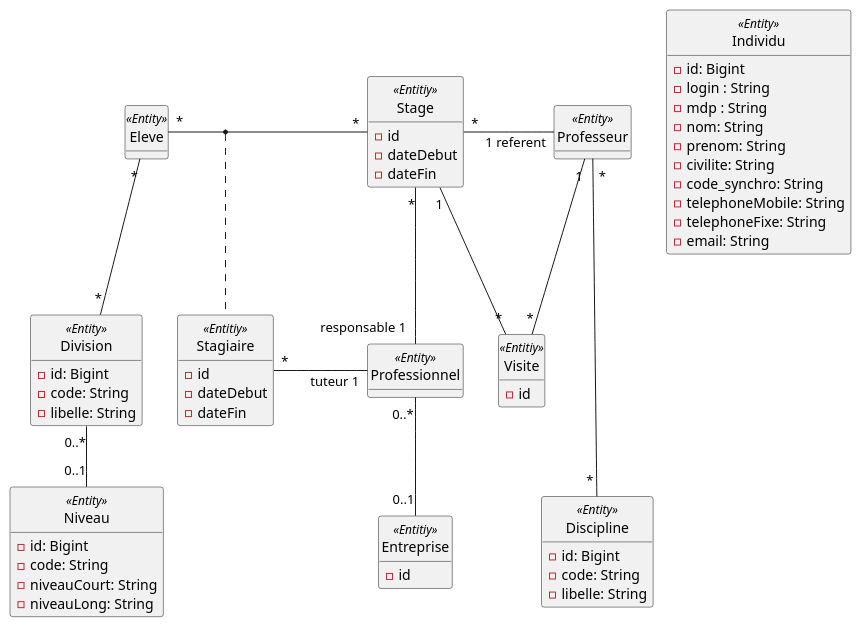
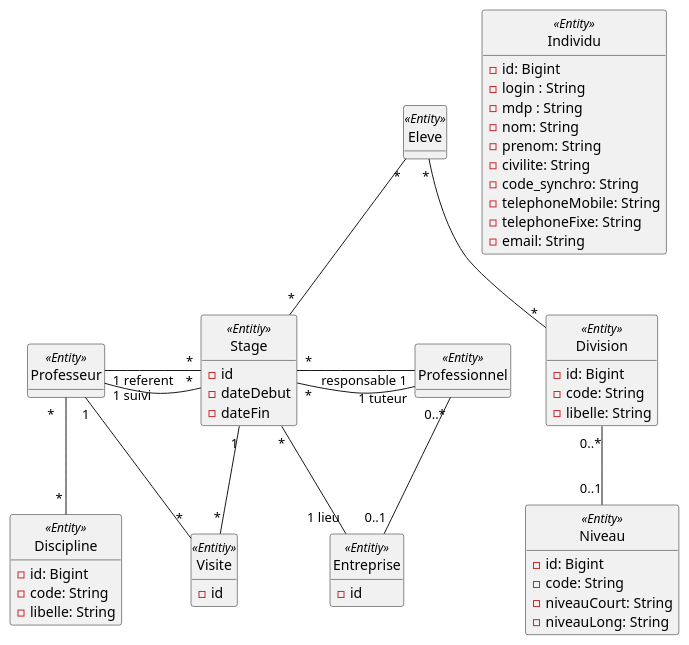
Before and after one commit to frederic-v/gestages: the diagram in src/main/docs/base_pfmp_explo3.puml, drawn with PlantUML. The commit also changed other lines of this file, not shown here.

Commit message:
Proposition d'une évolution de l'analyse (explo3)

```diff
--- a/src/main/docs/base_pfmp_explo3.puml
+++ b/src/main/docs/base_pfmp_explo3.puml
@@ -1,126 +1,118 @@
 @startuml
 
 class Individu << Entity >> {
   - id: Bigint
   - login : String
   - mdp : String
   - nom: String
   - prenom: String
   - civilite: String
   - code_synchro: String
   - telephoneMobile: String
   - telephoneFixe: String
   - email: String
   + getters() et setters()
   + equals()
   + hashCode()
   + toString()
 }
 
 
 class Eleve << Entity >> {
    + getters() et setters()
    + equals()
    + hashCode()
    + toString()
 }
 
 
 class Professeur << Entity >> {
    + getters() et setters()
    + equals()
    + hashCode()
    + toString()
 }
 
 
 class Professionnel << Entity >> {
    + getters() et setters()
    + equals()
    + hashCode()
    + toString()
 }
 
 class Division << Entity >> {
    - id: Bigint
    - code: String
    - libelle: String
    + getters() et setters()
    + equals()
    + hashCode()
    + toString()
 }
 
 class Niveau << Entity >> {
    - id: Bigint
    - code: String
    - niveauCourt: String
    - niveauLong: String
    + getters() et setters()
    + equals()
    + hashCode()
    + toString()
 }
 
 class Discipline << Entity >> {
    - id: Bigint
    - code: String
    - libelle: String
    + getters() et setters()
    + equals()
    + hashCode()
    + toString()
 }
 
-class Stagiaire << Entitiy >> {
-   - id
-   - dateDebut
-   - dateFin
-   + getters() et setters()
-   + equals()
-   + hashCode()
-   + toString()
-}
 
 class Stage << Entitiy >> {
    - id
    - dateDebut
    - dateFin
    + getters() et setters()
    + equals()
    + hashCode()
    + toString()
 }
 
 class Entreprise << Entitiy >> {
    - id
    + getters() et setters()
    + equals()
    + hashCode()
    + toString()
 }
 
 class Visite << Entitiy >> {
    - id
    + getters() et setters()
    + equals()
    + hashCode()
    + toString()
 }
 
 
 hide circle
 hide methods
-Eleve  "*" -left--- "*" Stage
+Eleve  "*" -- "*" Stage
 
-(Eleve, Stage) .. Stagiaire
-Stage "*" -right--- "   1 referent" Professeur : "                "
-Stagiaire "*" -right--- "tuteur 1" Professionnel : "                 "
-Stage "*" -right--- "responsable 1" Professionnel
+Stage "*" -left-- "1 referent" Professeur : "                  "
+Stage "*" -- "1 suivi" Professeur : "   "
+Stage "*" -right--- "responsable 1" Professionnel :"                        "
+Stage "*" -- "1 tuteur" Professionnel:"  "
+Stage "*" -- "1 lieu" Entreprise:"  "
 Stage "1" -- "*" Visite
 Professeur "1" -- "*" Visite
-Professeur " *   " --- " * " Discipline
+Professeur " *   " -- " * " Discipline
 Division "0..*" -- "0..1" Niveau
 Eleve "*" -- "*" Division
 Professionnel "0..*" -- "0..1" Entreprise
 @enduml
```
